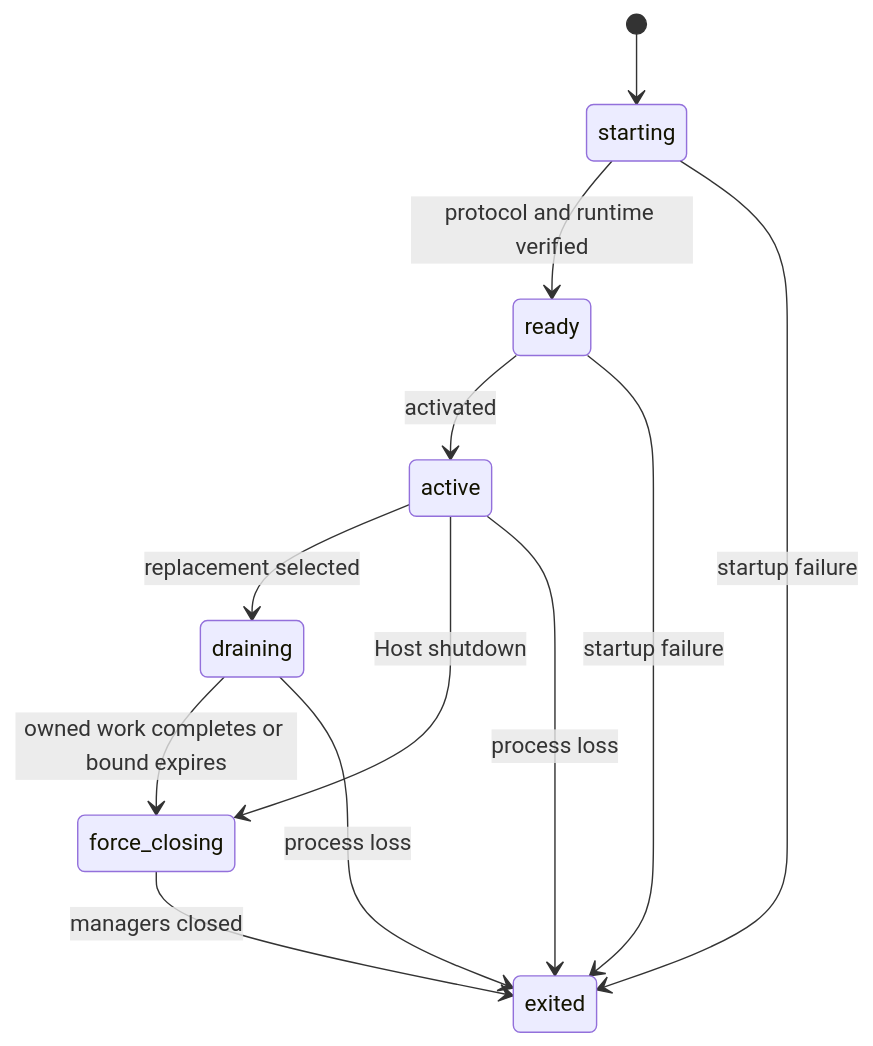
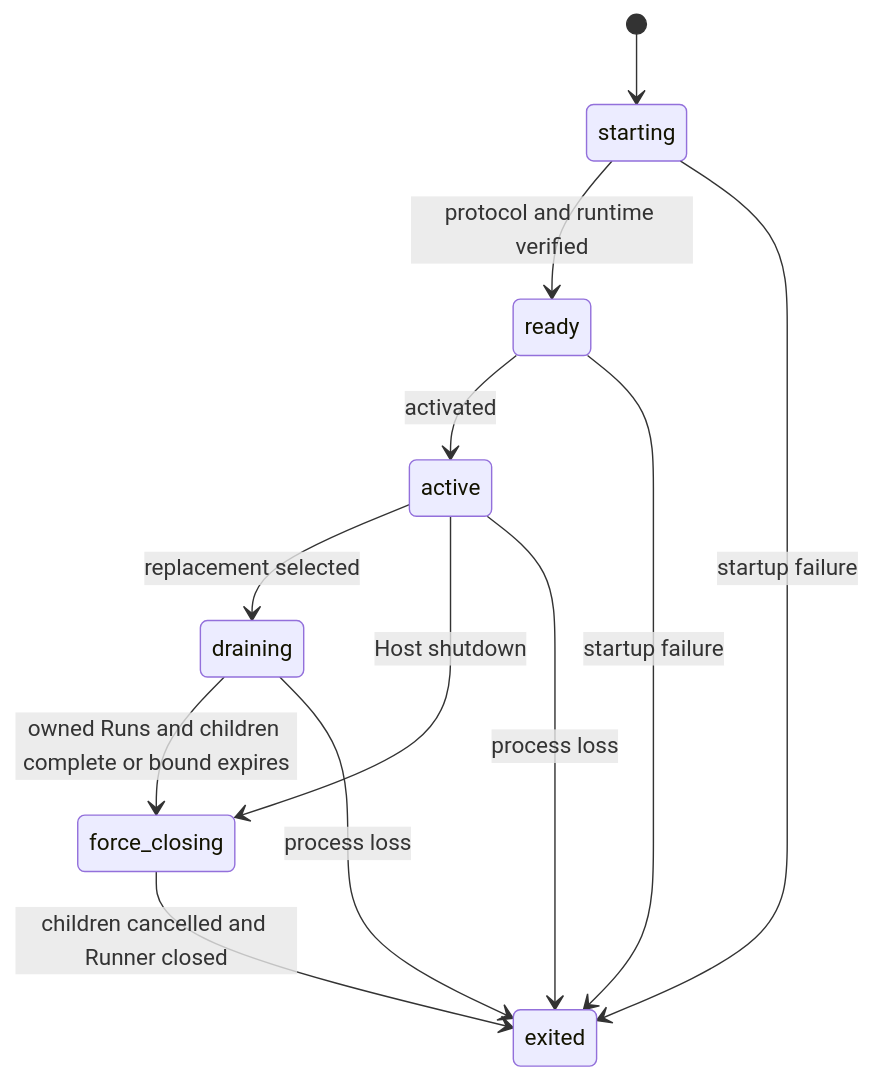
Before and after one commit to LTThreeComma/agent-foundation: the second of 3 diagrams in spec/agent-ui/05-runtime-subagents-and-surfaces.md, drawn with Mermaid. The commit also changed other lines of this file and 188 other files, not shown here.

````diff
--- a/spec/agent-ui/05-runtime-subagents-and-surfaces.md
+++ b/spec/agent-ui/05-runtime-subagents-and-surfaces.md
@@ -111,14 +92,14 @@
 ```mermaid
 stateDiagram-v2
     [*] --> starting
     starting --> ready: protocol and runtime verified
     ready --> active: activated
     active --> draining: replacement selected
-    draining --> force_closing: owned work completes or bound expires
+    draining --> force_closing: owned Runs and children complete or bound expires
     active --> force_closing: Host shutdown
-    force_closing --> exited: managers closed
+    force_closing --> exited: children cancelled and Runner closed
     starting --> exited: startup failure
     ready --> exited: startup failure
     active --> exited: process loss
     draining --> exited: process loss
 ```
````
